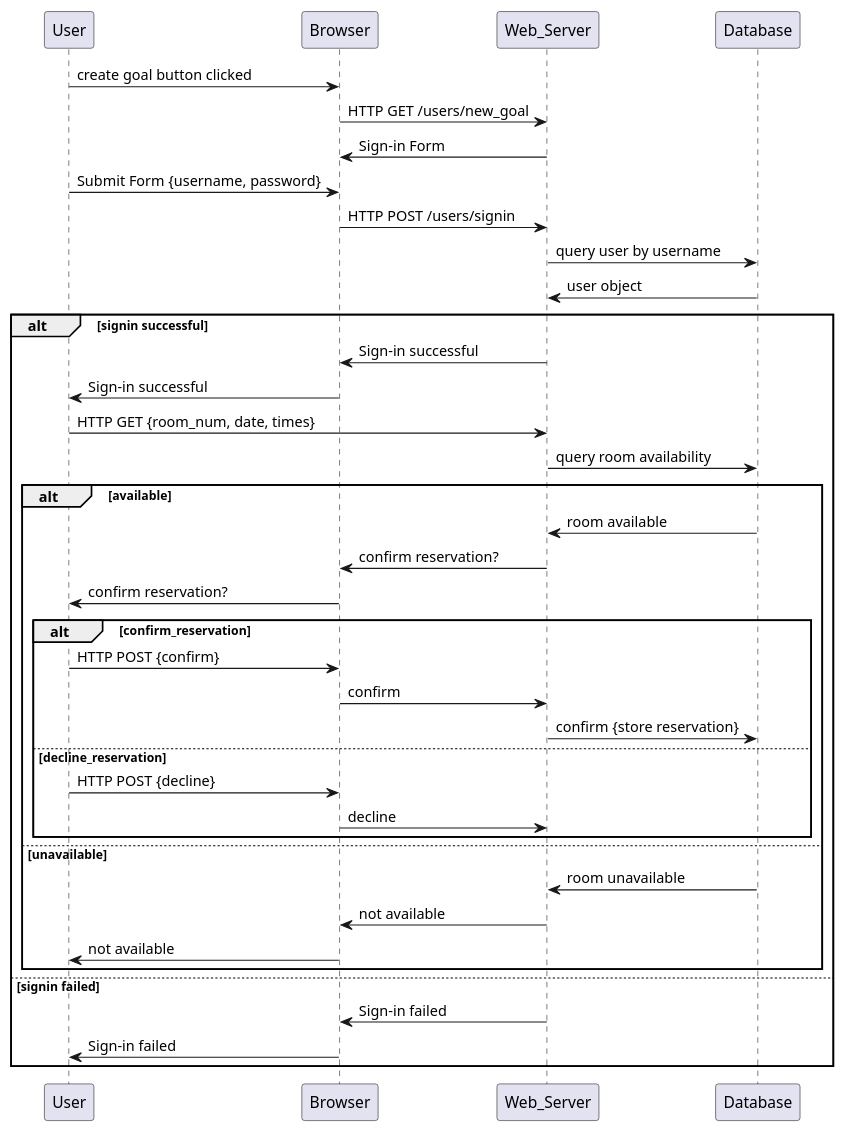
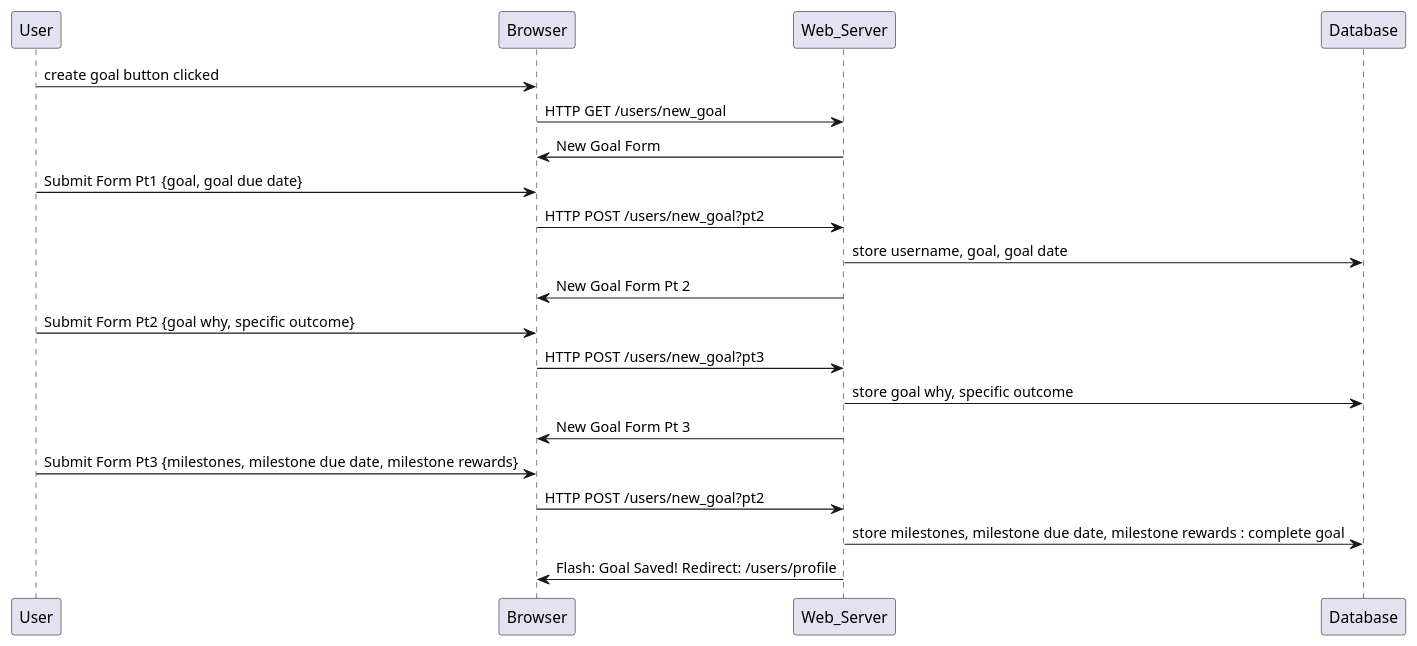
Before and after one commit to MonRos3/goal-buddy: the diagram in uml/new-goal-sequence.wsd, drawn with PlantUML. The commit also changed 2 other files, not shown here.

Commit message:
Phase 1 Pt 2 Complete

```diff
--- a/uml/new-goal-sequence.wsd
+++ b/uml/new-goal-sequence.wsd
@@ -1,41 +1,23 @@
 @startuml New Goal Sequence Diagram
 participant User
 participant Browser
 participant Web_Server
 participant Database
 
 User -> Browser: create goal button clicked
 Browser -> Web_Server: HTTP GET /users/new_goal
-Web_Server -> Browser: Sign-in Form
-User -> Browser: Submit Form {username, password}
-Browser -> Web_Server: HTTP POST /users/signin
-Web_Server -> Database: query user by username
-Database -> Web_Server: user object
+Web_Server -> Browser: New Goal Form
+User -> Browser: Submit Form Pt1 {goal, goal due date}
+Browser -> Web_Server: HTTP POST /users/new_goal?pt2
+Web_Server -> Database: store username, goal, goal date
+Web_Server -> Browser: New Goal Form Pt 2
+User -> Browser: Submit Form Pt2 {goal why, specific outcome}
+Browser -> Web_Server: HTTP POST /users/new_goal?pt3
+Web_Server -> Database: store goal why, specific outcome
+Web_Server -> Browser: New Goal Form Pt 3
+User -> Browser: Submit Form Pt3 {milestones, milestone due date, milestone rewards}
+Browser -> Web_Server: HTTP POST /users/new_goal?pt2
+Web_Server -> Database: store milestones, milestone due date, milestone rewards : complete goal
+Web_Server -> Browser: Flash: Goal Saved! Redirect: /users/profile
 
-alt signin successful
-    Web_Server -> Browser: Sign-in successful
-    Browser -> User: Sign-in successful
-    User -> Web_Server: HTTP GET {room_num, date, times}
-    Web_Server -> Database: query room availability
-    alt available
-        Database -> Web_Server: room available
-        Web_Server -> Browser: confirm reservation?
-        Browser -> User: confirm reservation?
-        alt confirm_reservation
-            User -> Browser: HTTP POST {confirm}
-            Browser -> Web_Server: confirm
-            Web_Server -> Database: confirm {store reservation}
-        else decline_reservation
-            User -> Browser: HTTP POST {decline}
-            Browser -> Web_Server: decline
-        end
-    else unavailable
-        Database -> Web_Server: room unavailable
-        Web_Server -> Browser: not available
-        Browser -> User: not available
-    end
-else signin failed
-     Web_Server -> Browser: Sign-in failed
-    Browser -> User: Sign-in failed
-end
 @enduml
```
